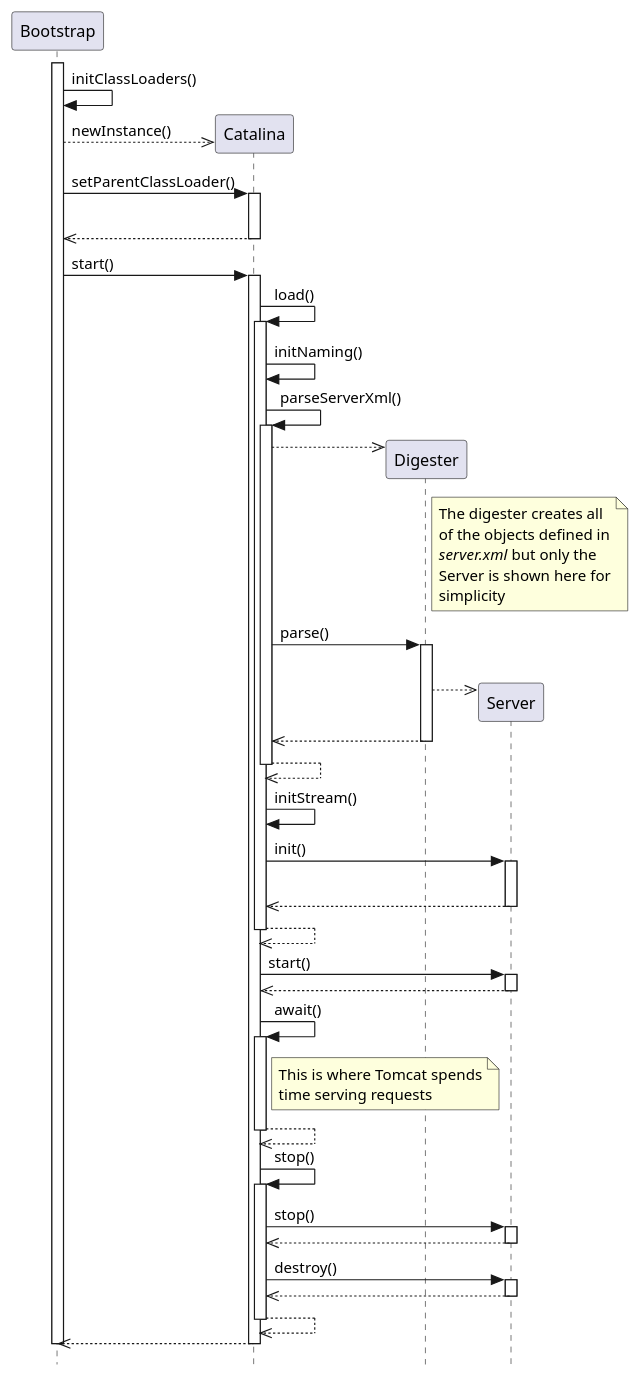
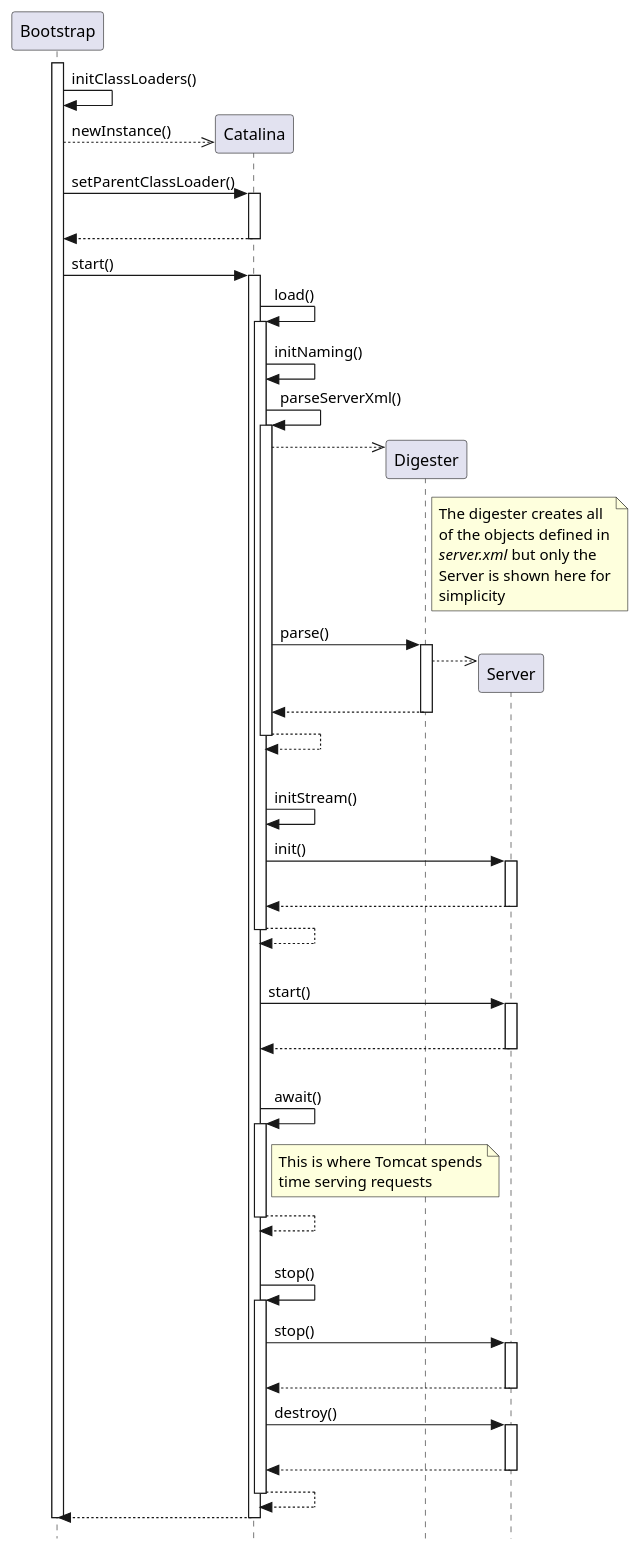
One commit to apache/tomcat changed the diagram in webapps/docs/architecture/startup/1_overview.plantuml. Above: the diagram before and after it, drawn with PlantUML. The commit also changed 5 other files, not shown here.

```diff
--- a/webapps/docs/architecture/startup/1_overview.plantuml
+++ b/webapps/docs/architecture/startup/1_overview.plantuml
@@ -1,98 +1,93 @@
 @startuml
 
 ' Licensed to the Apache Software Foundation (ASF) under one or more
 ' contributor license agreements.  See the NOTICE file distributed with
 ' this work for additional information regarding copyright ownership.
 ' The ASF licenses this file to You under the Apache License, Version 2.0
 ' (the "License"); you may not use this file except in compliance with
 ' the License.  You may obtain a copy of the License at
 '
 '     http://www.apache.org/licenses/LICENSE-2.0
 '
 ' Unless required by applicable law or agreed to in writing, software
 ' distributed under the License is distributed on an "AS IS" BASIS,
 ' WITHOUT WARRANTIES OR CONDITIONS OF ANY KIND, either express or implied.
 ' See the License for the specific language governing permissions and
 ' limitations under the License.
 
 hide footbox
 skinparam style strictuml
 
 activate Bootstrap
 Bootstrap -> Bootstrap: initClassLoaders()
 
 Bootstrap -->> Catalina ** : newInstance()
 
 Bootstrap -> Catalina ++: setParentClassLoader()
 |||
-Bootstrap <<-- Catalina:
-deactivate Catalina
+return
 
 Bootstrap -> Catalina ++: start()
 
 Catalina -> Catalina ++: load()
 
 Catalina -> Catalina: initNaming()
 
 Catalina -> Catalina ++: parseServerXml()
 
 Catalina -->> Digester ** :
 note right of Digester
   The digester creates all
   of the objects defined in
   //server.xml// but only the
   Server is shown here for
   simplicity
 end note
 
 Catalina -> Digester ++: parse()
-|||
 
 Digester -->> Server ** :
 
-Catalina <<-- Digester:
-deactivate Digester
+return
 
-Catalina -->> Catalina:
-deactivate Catalina
+return
 
+|||
 Catalina -> Catalina: initStream()
 
 Catalina -> Server ++: init()
 |||
-Catalina <<-- Server:
-deactivate Server
+return
 
-Catalina -->> Catalina:
-deactivate Catalina
+return
 
+|||
 Catalina -> Server ++: start()
-Catalina <<-- Server:
-deactivate Server
+|||
+return
 
+|||
 Catalina -> Catalina ++: await()
 note right of Catalina
   This is where Tomcat spends
   time serving requests
 end note
-Catalina -->> Catalina:
-deactivate Catalina
+return
 
+|||
 Catalina -> Catalina ++: stop()
 
 Catalina -> Server ++: stop()
-Catalina <<-- Server:
-deactivate Server
+|||
+return
 
 Catalina -> Server ++: destroy()
-Catalina <<-- Server:
-deactivate Server
+|||
+return
 
-Catalina -->> Catalina:
-deactivate Catalina
+return
 
-Bootstrap <<-- Catalina:
-deactivate Catalina
+return
 
 deactivate Bootstrap
 @enduml
```
